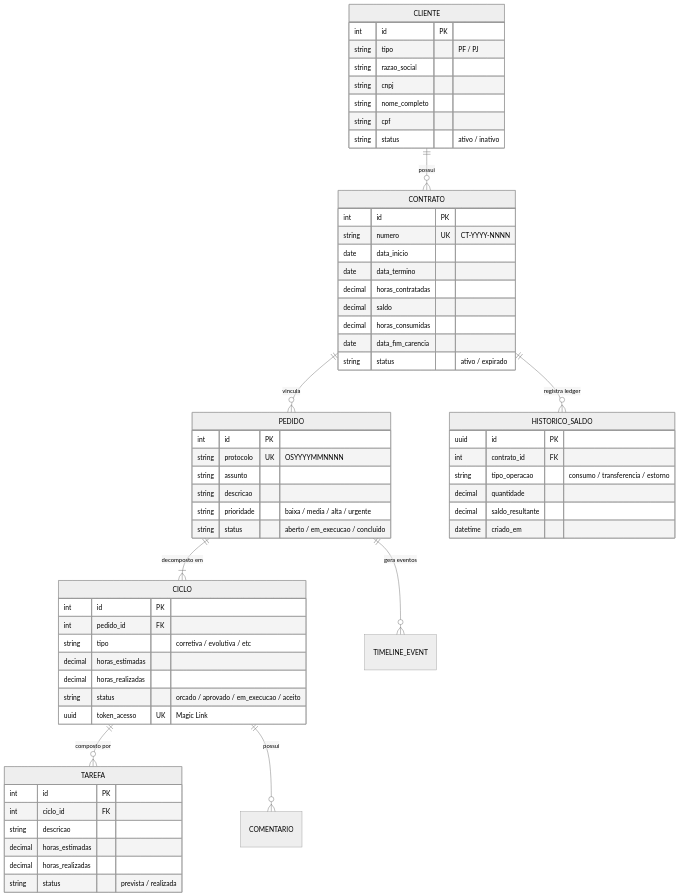
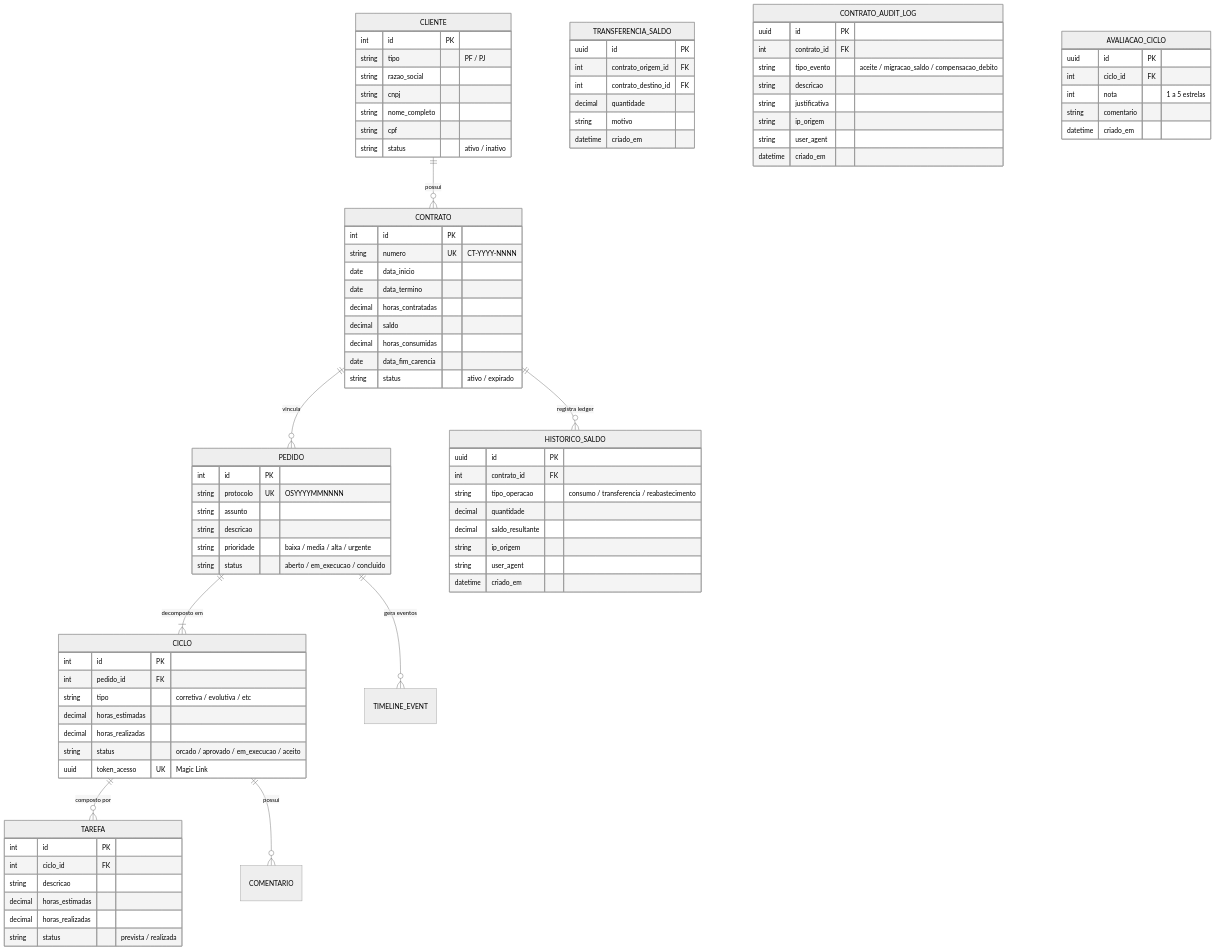
Before and after one commit to andresouza72br-sketch/SHM---Support-Hours-Manage: the second of 3 diagrams in ARCHITECTURE.md, drawn with Mermaid (neutral theme). The commit also changed 8 other files, not shown here.

````diff
--- a/ARCHITECTURE.md
+++ b/ARCHITECTURE.md
@@ -90,9 +90,39 @@
     HISTORICO_SALDO {
         uuid id PK
         int contrato_id FK
-        string tipo_operacao "consumo / transferencia / estorno"
+        string tipo_operacao "consumo / transferencia / reabastecimento"
         decimal quantidade
         decimal saldo_resultante
+        string ip_origem
+        string user_agent
+        datetime criado_em
+    }
+
+    TRANSFERENCIA_SALDO {
+        uuid id PK
+        int contrato_origem_id FK
+        int contrato_destino_id FK
+        decimal quantidade
+        string motivo
+        datetime criado_em
+    }
+
+    CONTRATO_AUDIT_LOG {
+        uuid id PK
+        int contrato_id FK
+        string tipo_evento "aceite / migracao_saldo / compensacao_debito"
+        string descricao
+        string justificativa
+        string ip_origem
+        string user_agent
+        datetime criado_em
+    }
+
+    AVALIACAO_CICLO {
+        uuid id PK
+        int ciclo_id FK
+        int nota "1 a 5 estrelas"
+        string comentario
         datetime criado_em
     }
 ```
````
